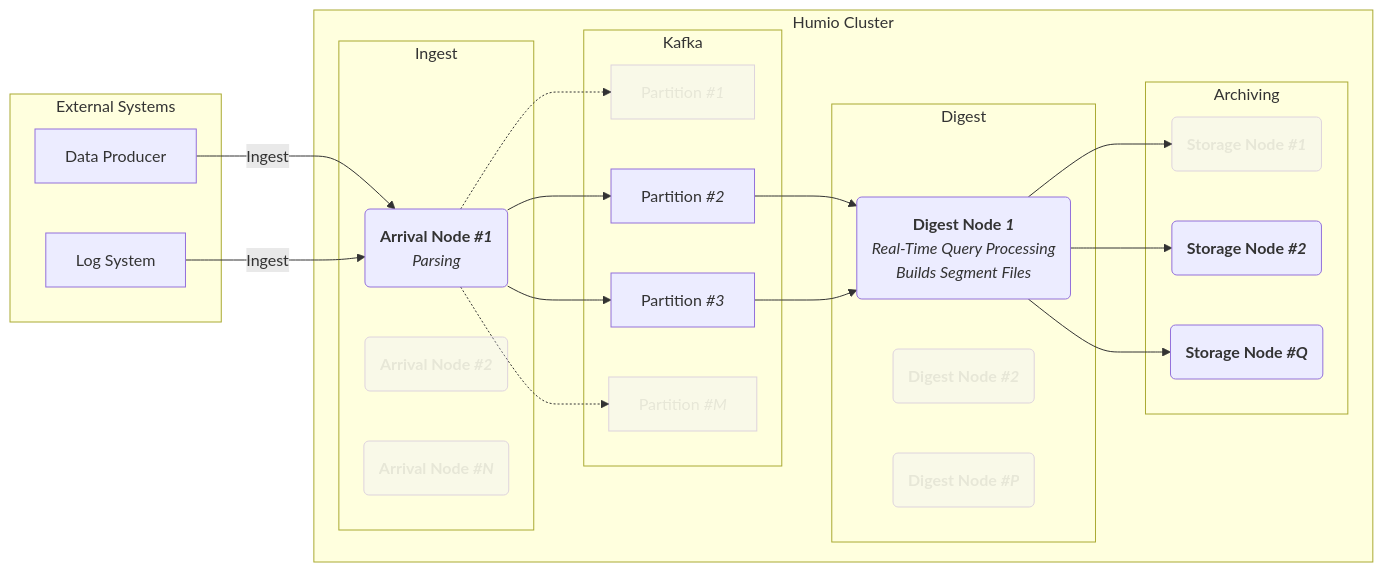
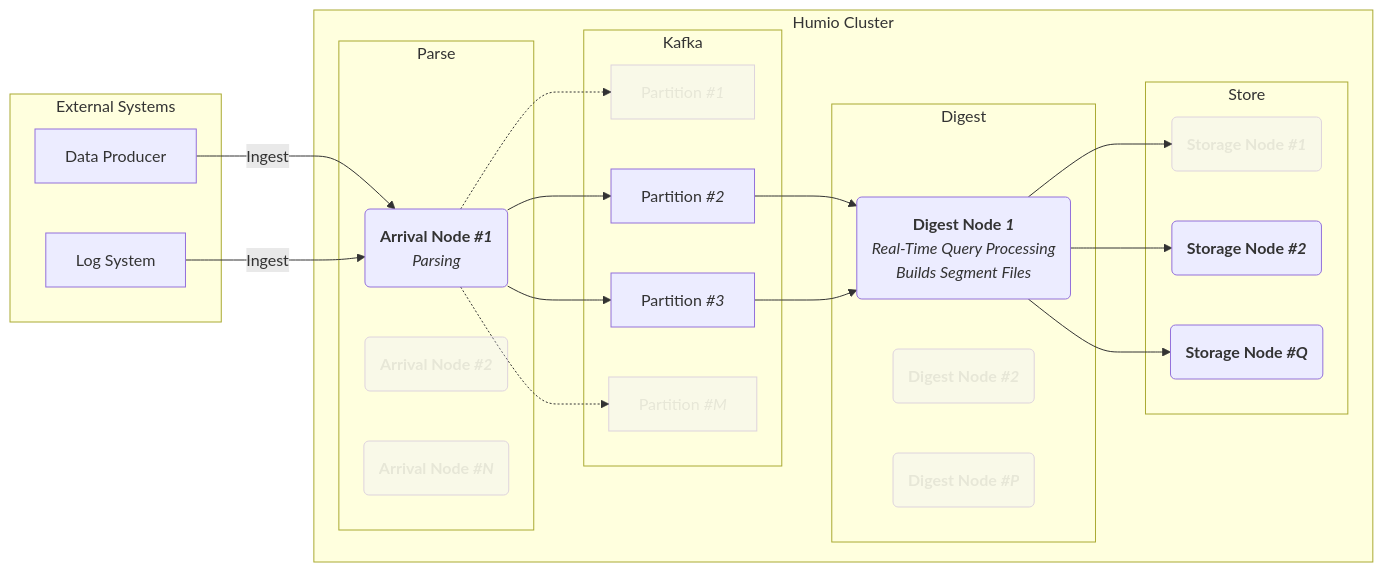
One commit to somedatapacket/docs.humio.com changed the sixth of 6 diagrams in content/concepts/ingest-flow.md. Above: the diagram before and after it, drawn with Mermaid. The commit also changed other lines of this file and 6 other files, not shown here.

Commit message:
Work on ingest flow and rule explinations

```diff
--- a/content/concepts/ingest-flow.md
+++ b/content/concepts/ingest-flow.md
@@ -204,43 +135,43 @@
 {{<mermaid align="center">}}
 graph LR;
     subgraph External Systems
       Ext1[Data Producer]
       Ext2[Log System]
     end
 
     subgraph Humio Cluster
 
-      subgraph Ingest
+      subgraph Parse
         A1("<b>Arrival Node <em>#1</em></b><br><em>Parsing</em>")
         A2("<b>Arrival Node <em>#2</em></b>")
         AN("<b>Arrival Node <em>#N</em></b>")
 
         Ext1 -->|Ingest| A1
         Ext2 -->|Ingest| A1
       end
 
       subgraph Kafka
         A1 -.-> P1["Partition <em>#1</em>"]
         A1 --> P2["Partition <em>#2</em>"]
         A1 --> P3["Partition <em>#3</em>"]
         A1 -.-> PN["Partition <em>#M</em>"]
       end
 
       subgraph Digest
         P2 --> D1("<b>Digest Node <em>1</em></b><br><em>Real-Time Query Processing<br>Builds Segment Files</em>")
         P3 --> D1
 
         D2("<b>Digest Node <em>#2</em></b>")
         DN("<b>Digest Node <em>#P</em></b>")
       end
-      subgraph Archiving
+      subgraph Store
         D1 --> S1("<b>Storage Node <em>#1</em></b>")
         D1 --> S2("<b>Storage Node <em>#2</em></b>")
         D1 --> SN("<b>Storage Node <em>#Q</em></b>")
       end
     end
 
     classDef faded opacity:0.3;
     class A2,AN,P1,PN,D2,DN,S1 faded;
 
 {{< /mermaid >}}
```
